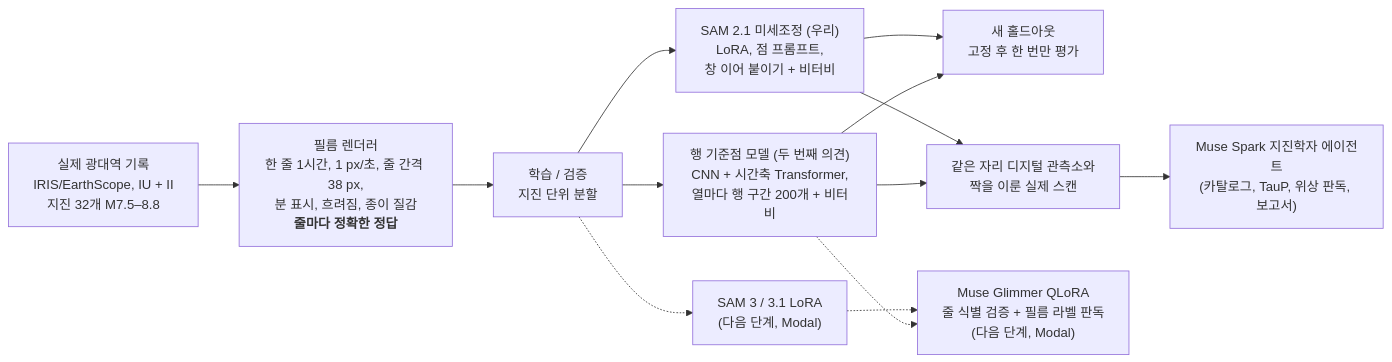
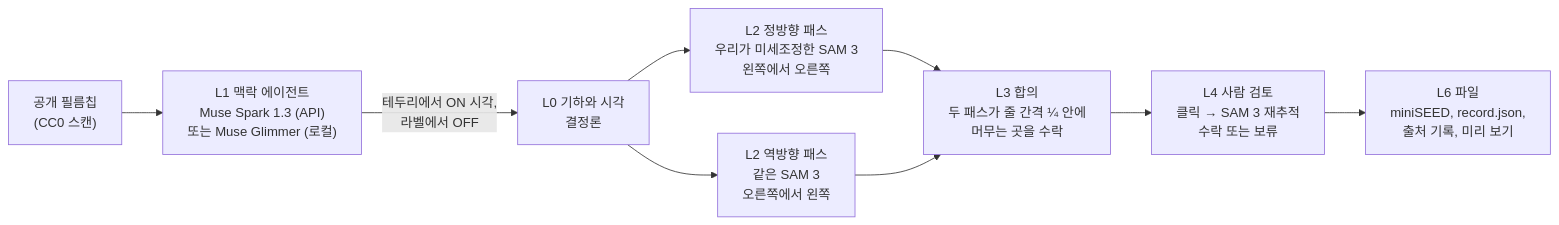
One commit to smpark00/seismorescue changed the diagram in README.ko.md. Above: the diagram before and after it, drawn with Mermaid. The commit also changed other lines of this file and 1 other file, not shown here.

````diff
--- a/README.ko.md
+++ b/README.ko.md
@@ -157,15 +86,11 @@
 ```mermaid
 flowchart LR
-  W["실제 광대역 기록<br/>IRIS/EarthScope, IU + II<br/>지진 32개 M7.5–8.8"] --> R["필름 렌더러<br/>한 줄 1시간, 1 px/초, 줄 간격 38 px,<br/>분 표시, 흐려짐, 종이 질감<br/><b>줄마다 정확한 정답</b>"]
-  R --> T["학습 / 검증<br/>지진 단위 분할"]
-  T --> RA["행 기준점 모델 (두 번째 의견)<br/>CNN + 시간축 Transformer,<br/>열마다 행 구간 200개 + 비터비"]
-  T --> S["SAM 2.1 미세조정 (우리)<br/>LoRA, 점 프롬프트,<br/>창 이어 붙이기 + 비터비"]
-  RA --> H["새 홀드아웃<br/>고정 후 한 번만 평가"]
-  S --> H
-  RA --> P["같은 자리 디지털 관측소와<br/>짝을 이룬 실제 스캔"]
-  S --> P
-  T -.-> S3["SAM 3 / 3.1 LoRA<br/>(다음 단계, Modal)"]
-  RA -.-> GL["Muse Glimmer QLoRA<br/>줄 식별 검증 + 필름 라벨 판독<br/>(다음 단계, Modal)"]
-  S3 -.-> GL
-  P --> SP["Muse Spark 지진학자 에이전트<br/>(카탈로그, TauP, 위상 판독, 보고서)"]
+  C["공개 필름칩<br/>(CC0 스캔)"] --> L1["L1 맥락 에이전트<br/>Muse Spark 1.3 (API)<br/>또는 Muse Glimmer (로컬)"]
+  L1 -->|"테두리에서 ON 시각,<br/>라벨에서 OFF"| L0["L0 기하와 시각<br/>결정론"]
+  L0 --> A["L2 정방향 패스<br/>우리가 미세조정한 SAM 3<br/>왼쪽에서 오른쪽"]
+  L0 --> B["L2 역방향 패스<br/>같은 SAM 3<br/>오른쪽에서 왼쪽"]
+  A --> L3["L3 합의<br/>두 패스가 줄 간격 ¼ 안에<br/>머무는 곳을 수락"]
+  B --> L3
+  L3 --> L4["L4 사람 검토<br/>클릭 → SAM 3 재추적<br/>수락 또는 보류"]
+  L4 --> L6["L6 파일<br/>miniSEED, record.json,<br/>출처 기록, 미리 보기"]
 ```
````
